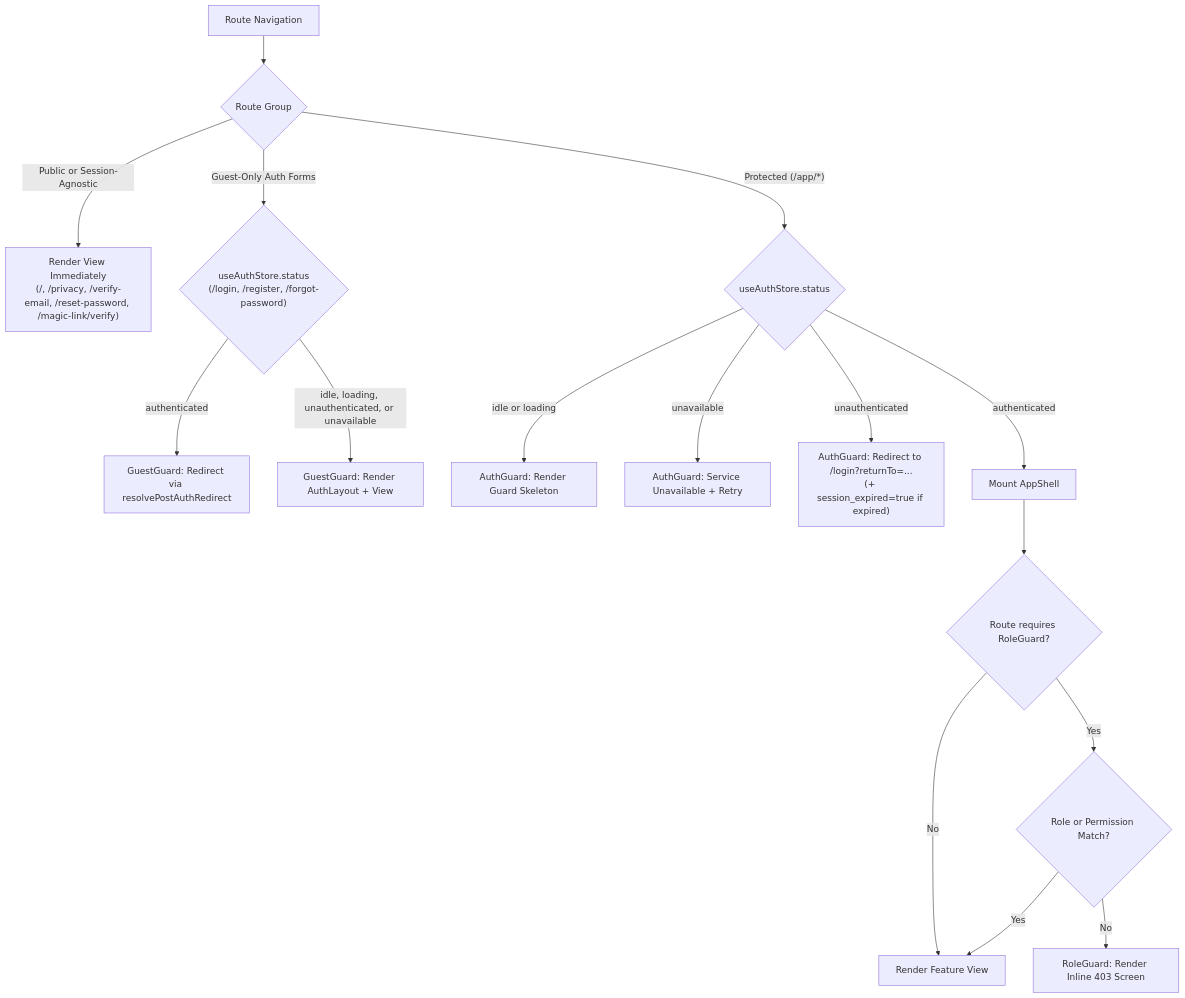
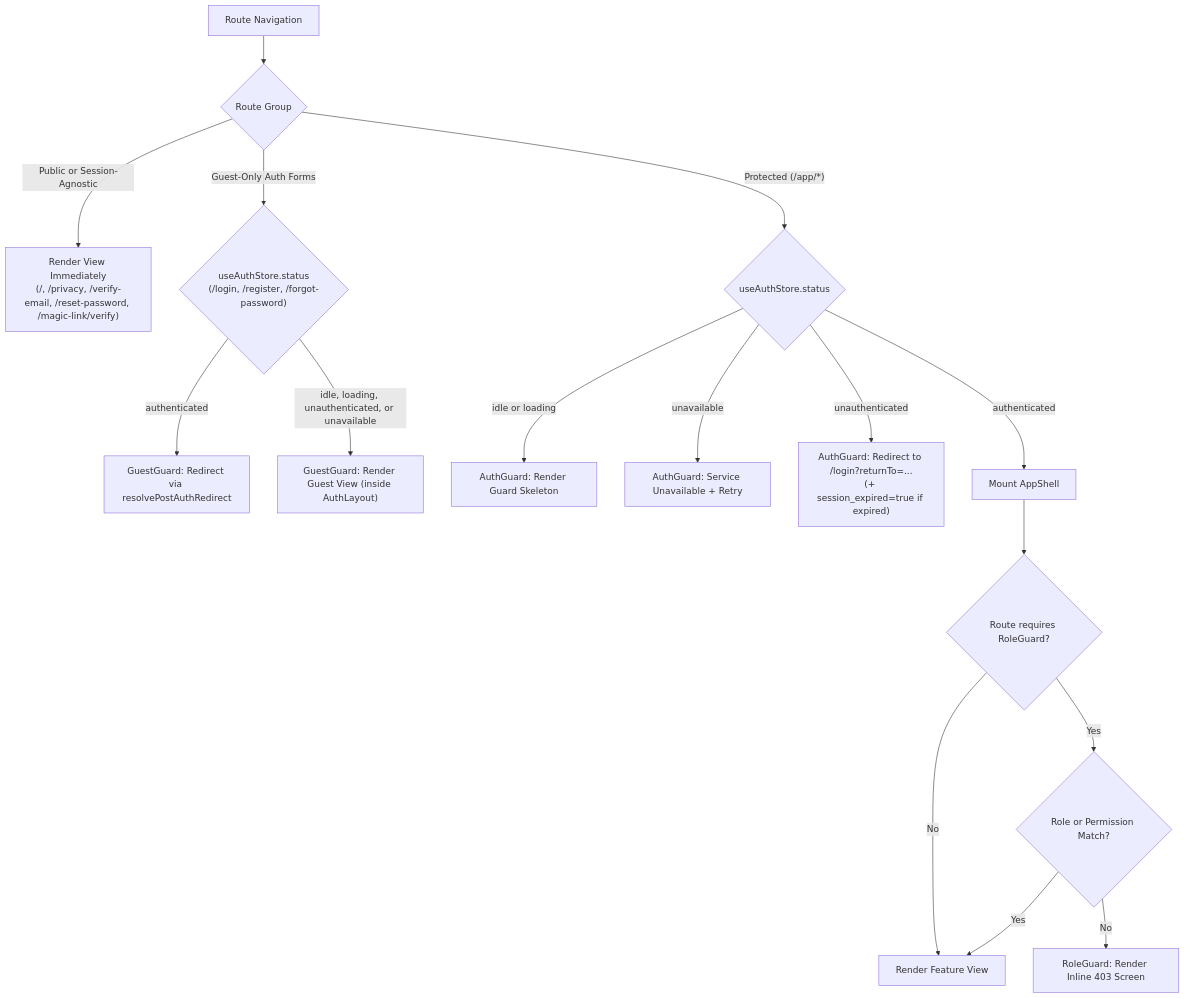
One commit to utkarshj014/authsphere changed the second of 9 diagrams in docs/FRONTEND_ARCHITECTURE.md. Above: the diagram before and after it, drawn with Mermaid. The commit also changed other lines of this file and 12 other files, not shown here.

````diff
--- a/docs/FRONTEND_ARCHITECTURE.md
+++ b/docs/FRONTEND_ARCHITECTURE.md
@@ -128,22 +128,22 @@
 ```mermaid
 flowchart TD
     RouteRequest["Route Navigation"] --> RouteBranch{"Route Group"}
 
     RouteBranch -->|"Public or Session-Agnostic"| RenderPublic["Render View Immediately<br/>(/, /privacy, /verify-email, /reset-password, /magic-link/verify)"]
 
     RouteBranch -->|"Guest-Only Auth Forms"| GuestCheck{"useAuthStore.status<br/>(/login, /register, /forgot-password)"}
     GuestCheck -->|"authenticated"| GuestRedirect["GuestGuard: Redirect via resolvePostAuthRedirect"]
-    GuestCheck -->|"idle, loading, unauthenticated, or unavailable"| GuestRender["GuestGuard: Render AuthLayout + View"]
+    GuestCheck -->|"idle, loading, unauthenticated, or unavailable"| GuestRender["GuestGuard: Render Guest View (inside AuthLayout)"]
 
     RouteBranch -->|"Protected (/app/*)"| AuthCheck{"useAuthStore.status"}
     AuthCheck -->|"idle or loading"| Skeleton["AuthGuard: Render Guard Skeleton"]
     AuthCheck -->|"unavailable"| OutageScreen["AuthGuard: Service Unavailable + Retry"]
     AuthCheck -->|"unauthenticated"| AuthRedirect["AuthGuard: Redirect to /login?returnTo=...<br/>(+ session_expired=true if expired)"]
     AuthCheck -->|"authenticated"| AppShellMount["Mount AppShell"]
 
     AppShellMount --> AdminCheck{"Route requires RoleGuard?"}
     AdminCheck -->|"No"| RenderPage["Render Feature View"]
     AdminCheck -->|"Yes"| RoleGuard{"Role or Permission Match?"}
     RoleGuard -->|"Yes"| RenderPage
     RoleGuard -->|"No"| Inline403["RoleGuard: Render Inline 403 Screen"]
 ```
````
